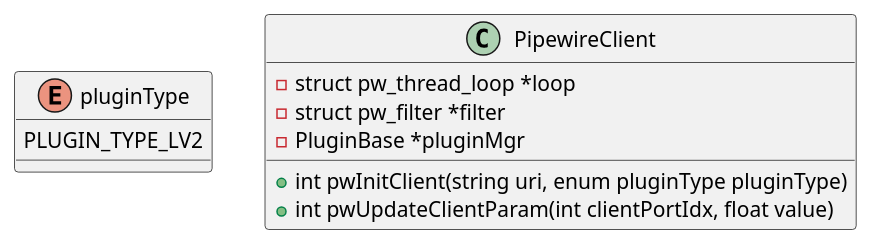
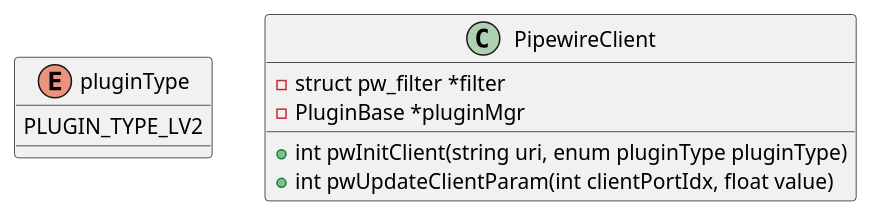
Before and after one commit to abhimanyu-g/calicofx-core: the fifth of 10 diagrams in doc/design.org, drawn with PlantUML. The commit also changed other lines of this file, not shown here.

```diff
--- a/doc/design.org
+++ b/doc/design.org
@@ -101,14 +108,13 @@
 #+begin_src plantuml :file /tmp/calicofx-pw-client-class-dig.png
   @startuml
   enum pluginType{
         PLUGIN_TYPE_LV2
   }
   class PipewireClient{
-        -struct pw_thread_loop *loop
         -struct pw_filter *filter
         -PluginBase *pluginMgr
         +int pwInitClient(string uri, enum pluginType pluginType)
         +int pwUpdateClientParam(int clientPortIdx, float value)
   }
   @enduml
 #+end_src
```
